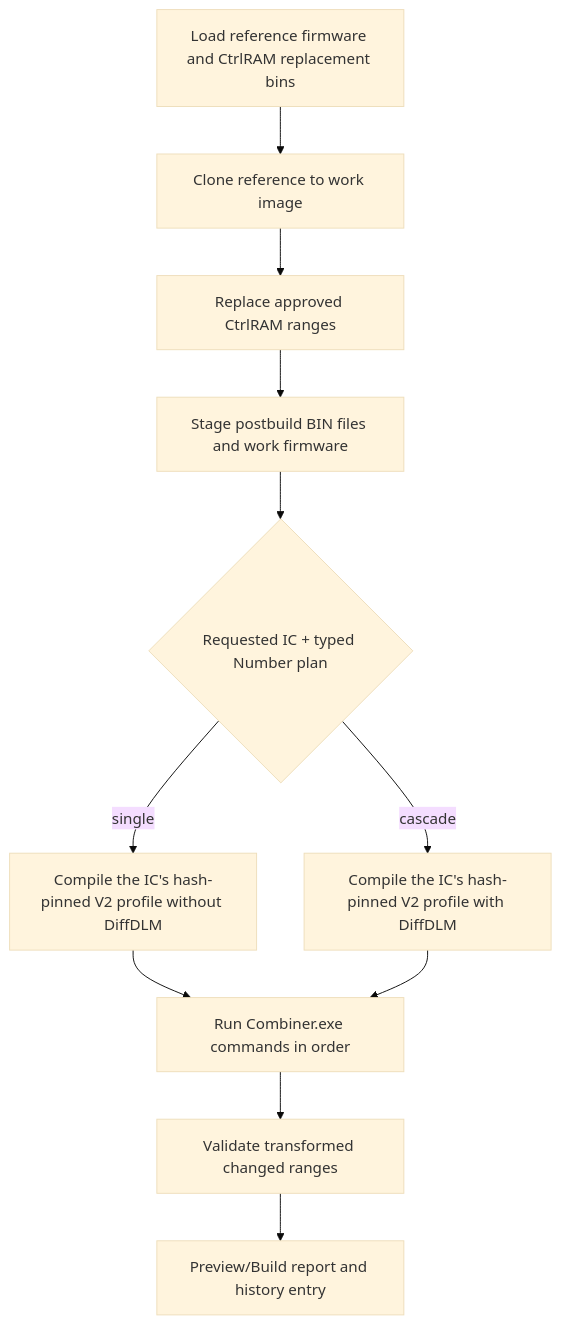
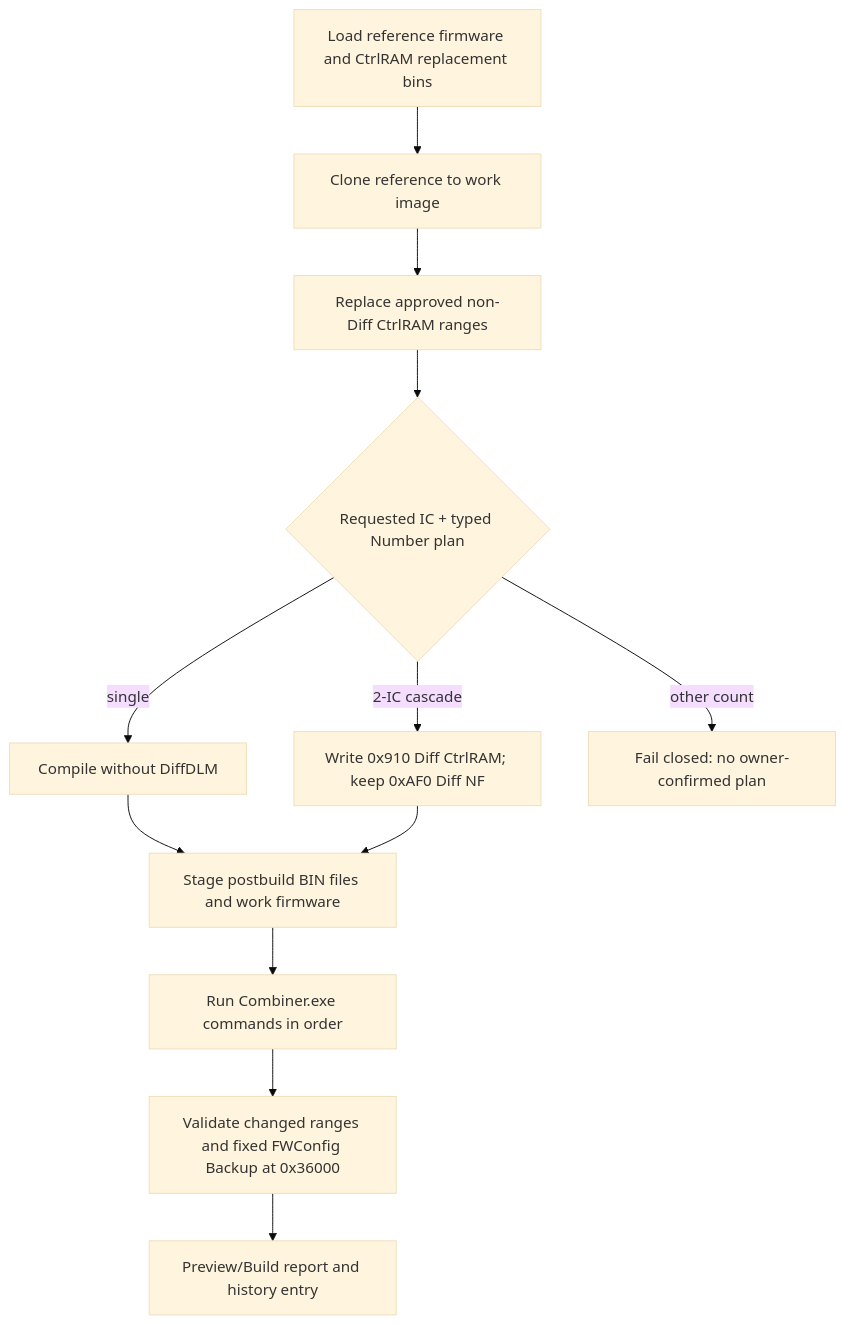
One commit to Dennis40816/nvt_fw_combiner changed diagram 13 of 14 in docs/architecture/ic-workflow-flowcharts.md. Above: the diagram before and after it, drawn with Mermaid (base theme). The commit also changed other lines of this file and 24 other files, not shown here.

Commit message:
feat: unify CtrlRAM runtime readiness

````diff
--- a/docs/architecture/ic-workflow-flowcharts.md
+++ b/docs/architecture/ic-workflow-flowcharts.md
@@ -367,13 +390,14 @@
 ```mermaid
 flowchart TD
     A["Load reference firmware and CtrlRAM replacement bins"] --> B["Clone reference to work image"]
-    B --> C["Replace approved CtrlRAM ranges"]
-    C --> D["Stage postbuild BIN files and work firmware"]
-    D --> E{"Requested IC + typed Number plan"}
-    E -- "single" --> F["Compile the IC's hash-pinned V2 profile without DiffDLM"]
-    E -- "cascade" --> L["Compile the IC's hash-pinned V2 profile with DiffDLM"]
-    F --> H["Run Combiner.exe commands in order"]
-    H --> I["Validate transformed changed ranges"]
+    B --> C["Replace approved non-Diff CtrlRAM ranges"]
+    C --> D{"Requested IC + typed Number plan"}
+    D -- "single" --> E["Compile without DiffDLM"]
+    D -- "2-IC cascade" --> F["Write 0x910 Diff CtrlRAM; keep 0xAF0 Diff NF"]
+    D -- "other count" --> X["Fail closed: no owner-confirmed plan"]
+    E --> G["Stage postbuild BIN files and work firmware"]
+    F --> G
+    G --> H["Run Combiner.exe commands in order"]
+    H --> I["Validate changed ranges and fixed FWConfig Backup at 0x36000"]
     I --> J["Preview/Build report and history entry"]
-    L --> H
 ```
````
